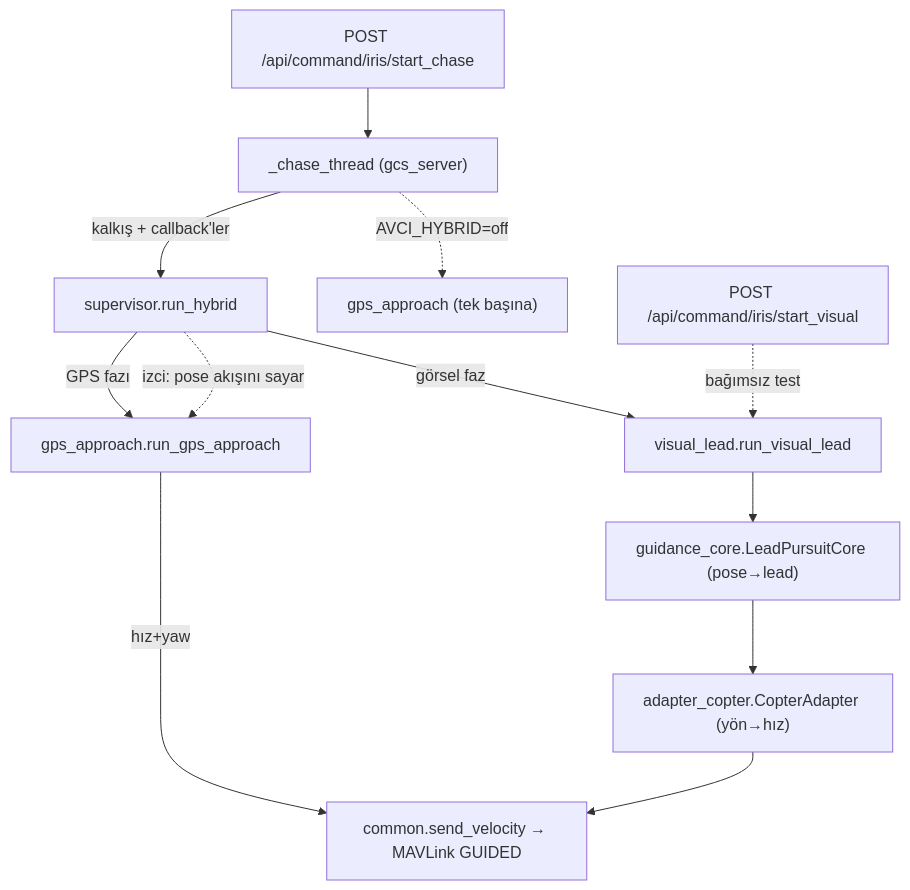
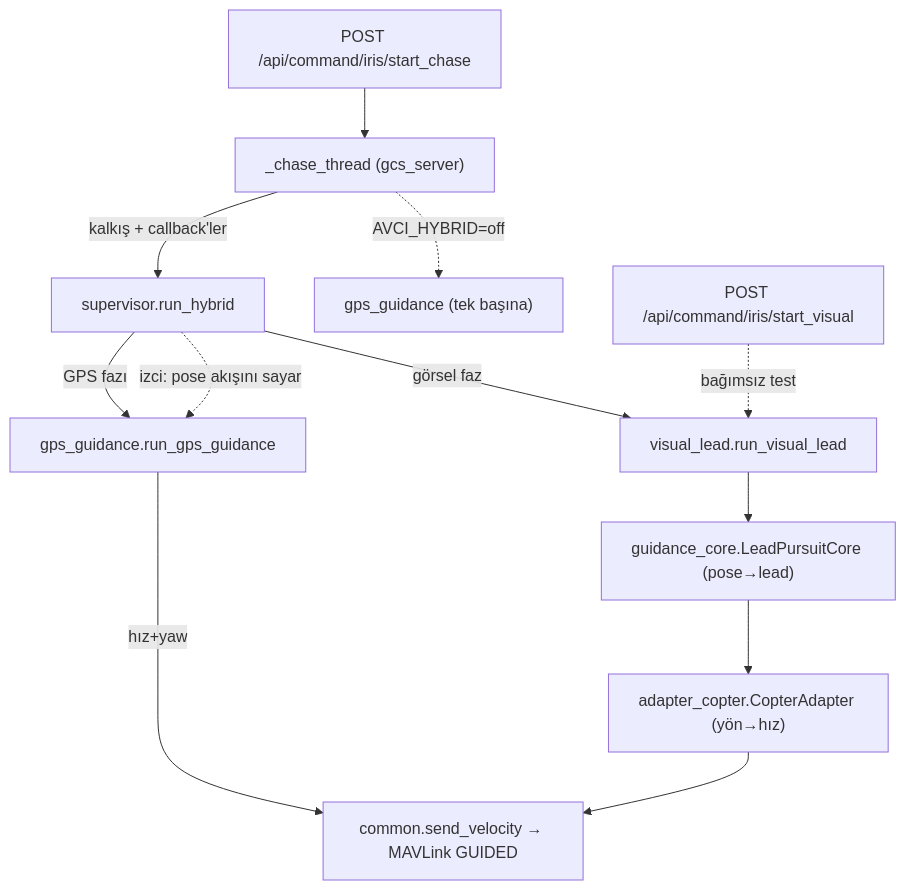
Before and after one commit to kayranecatikara/hamidiyesim: the diagram in docs/GUIDANCE.md, drawn with Mermaid. The commit also changed other lines of this file and 28 other files, not shown here.

````diff
--- a/docs/GUIDANCE.md
+++ b/docs/GUIDANCE.md
@@ -15,17 +16,17 @@
 ```mermaid
 flowchart TD
     UI["POST /api/command/iris/start_chase"] --> CT["_chase_thread (gcs_server)"]
     CT -->|kalkış + callback'ler| SUP["supervisor.run_hybrid"]
-    CT -.->|AVCI_HYBRID=off| GA0["gps_approach (tek başına)"]
+    CT -.->|AVCI_HYBRID=off| GA0["gps_guidance (tek başına)"]
 
-    SUP -->|GPS fazı| GA["gps_approach.run_gps_approach"]
+    SUP -->|GPS fazı| GA["gps_guidance.run_gps_guidance"]
     SUP -->|görsel faz| VL["visual_lead.run_visual_lead"]
     SUP -. izci: pose akışını sayar .-> GA
 
     GA -->|hız+yaw| SV["common.send_velocity → MAVLink GUIDED"]
     VL --> CORE["guidance_core.LeadPursuitCore (pose→lead)"]
     CORE --> AD["adapter_copter.CopterAdapter (yön→hız)"]
     AD --> SV
 
     UIV["POST /api/command/iris/start_visual"] -.->|bağımsız test| VL
 ```
````
